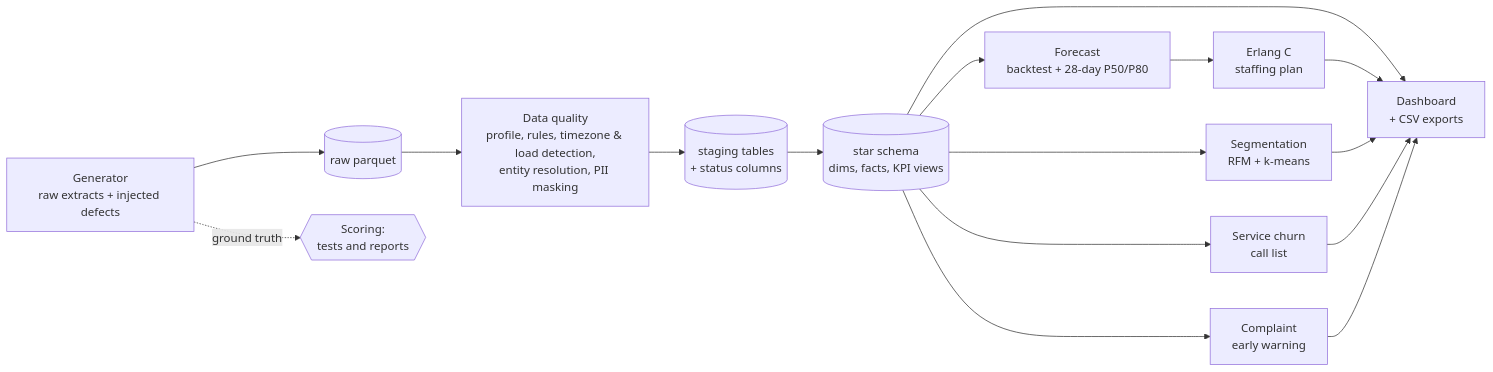
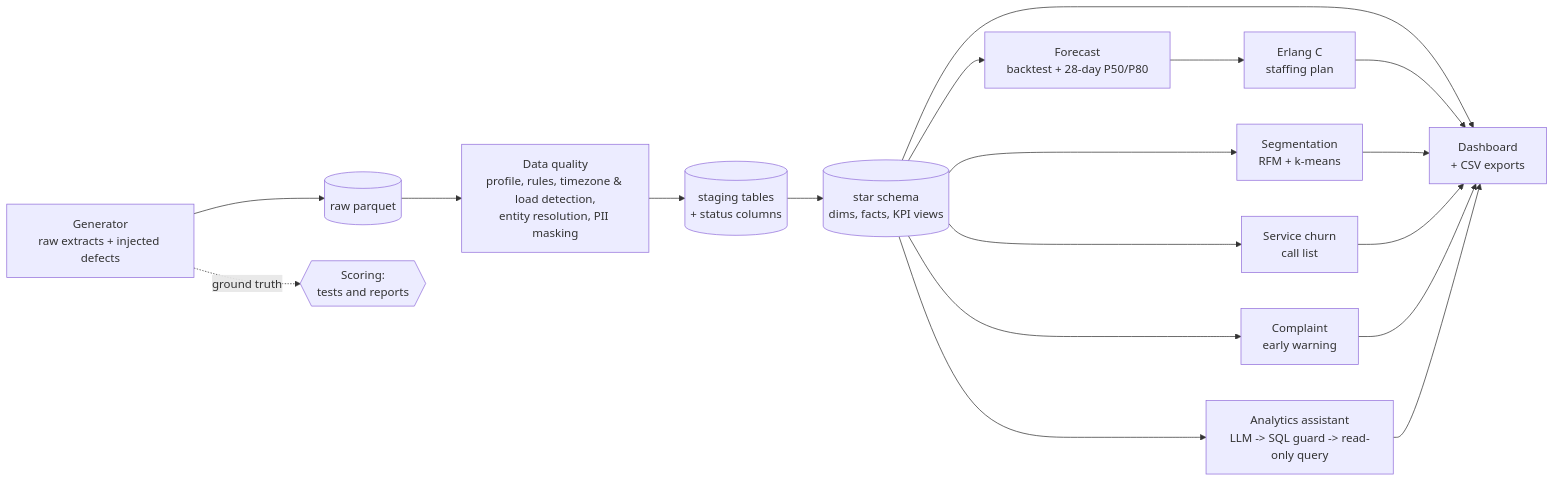
Before and after one commit to orhansonmeztr/customer-care-analytics: the diagram in README.md, drawn with Mermaid. The commit also changed other lines of this file and 13 other files, not shown here.

First line of the commit message:
Add text-to-SQL analytics assistant with SQL guard and evaluation

````diff
--- a/README.md
+++ b/README.md
@@ -43,14 +45,16 @@
 ```mermaid
 flowchart LR
     G[Generator<br/>raw extracts + injected defects] --> R[(raw parquet)]
     R --> Q[Data quality<br/>profile, rules, timezone & load detection,<br/>entity resolution, PII masking]
     Q --> S[(staging tables<br/>+ status columns)]
     S --> W[(star schema<br/>dims, facts, KPI views)]
     W --> F[Forecast<br/>backtest + 28-day P50/P80]
     F --> P[Erlang C<br/>staffing plan]
     W --> SEG[Segmentation<br/>RFM + k-means]
     W --> C[Service churn<br/>call list]
     W --> A[Complaint<br/>early warning]
     W & P & SEG & C & A --> D[Dashboard<br/>+ CSV exports]
+    W --> AS[Analytics assistant<br/>LLM -> SQL guard -> read-only query]
+    AS --> D
     G -. ground truth .-> T{{Scoring:<br/>tests and reports}}
 ```
````
